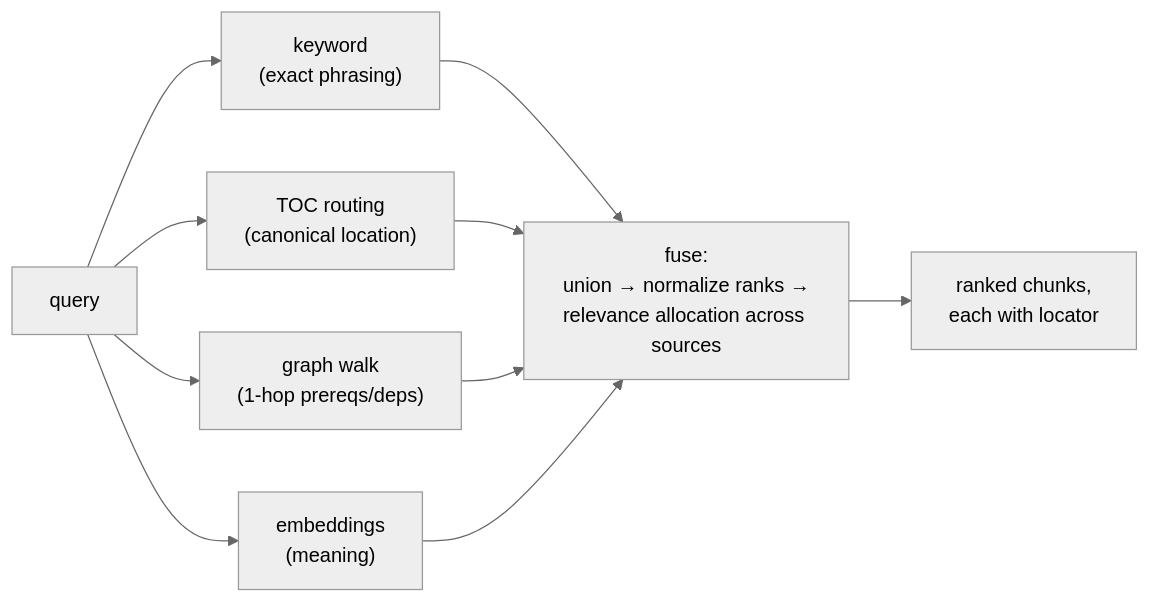
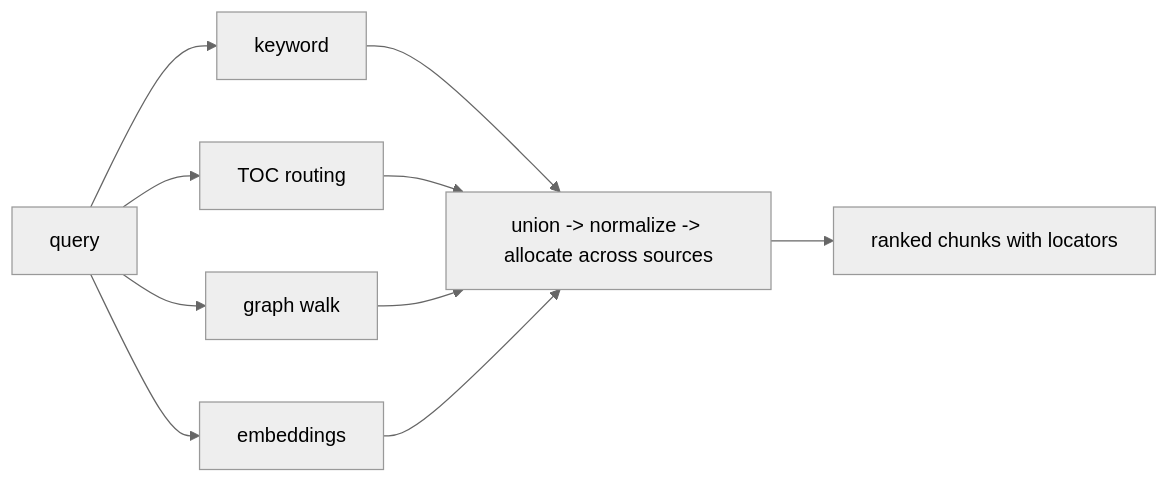
Before and after one commit to RileyK05/Emory_STEM_Advisor: the second of 3 diagrams in docs/architecture.md, drawn with Mermaid (neutral theme). The commit also changed other lines of this file, not shown here.

Commit message:
Rewrite architecture doc in plain technical style

````diff
--- a/docs/architecture.md
+++ b/docs/architecture.md
@@ -238,12 +247,12 @@
 ```mermaid
 flowchart LR
-    Q["query"] --> K["keyword<br/>(exact phrasing)"]
-    Q --> T["TOC routing<br/>(canonical location)"]
-    Q --> G["graph walk<br/>(1-hop prereqs/deps)"]
-    Q --> E["embeddings<br/>(meaning)"]
-    K --> F["fuse:<br/>union → normalize ranks →<br/>relevance allocation across sources"]
+    Q["query"] --> K["keyword"]
+    Q --> T["TOC routing"]
+    Q --> G["graph walk"]
+    Q --> E["embeddings"]
+    K --> F["union -> normalize -> allocate across sources"]
     T --> F
     G --> F
     E --> F
-    F --> C["ranked chunks,<br/>each with locator"]
+    F --> C["ranked chunks with locators"]
 ```
````
